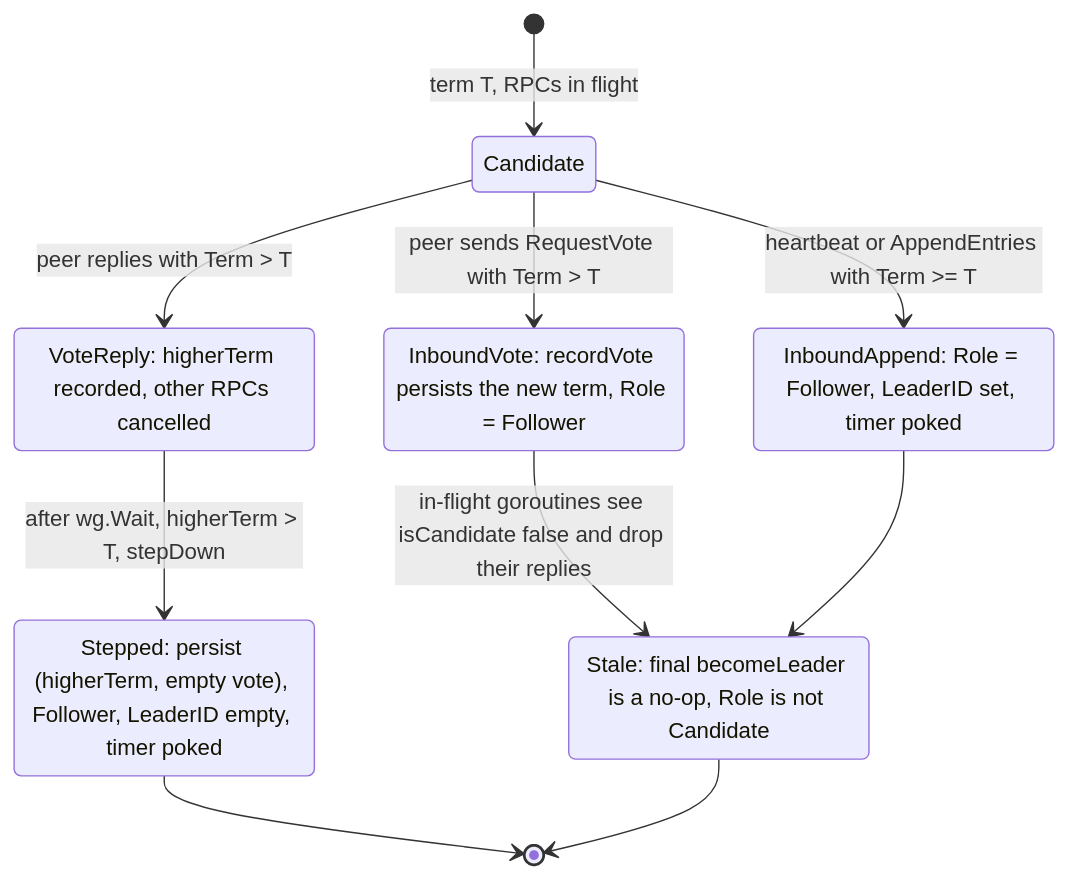
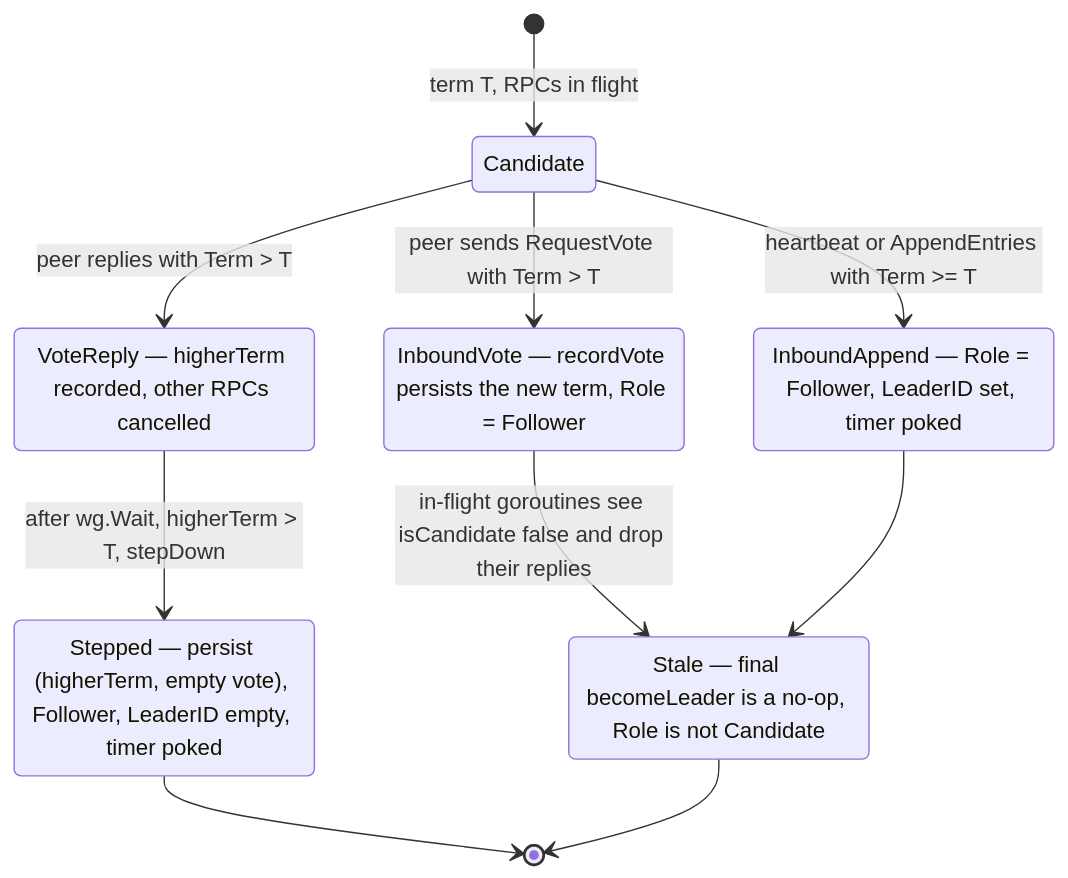
The seventh of 8 diagrams in flow/4. cluster-startup-cases.md (Tarun-Elango/hobbyDB), drawn with Mermaid before and after one commit. The commit also changed other lines of this file and 6 other files, not shown here.

Commit message:
use status, seperate function to update leader/role, use metamu when possible, and adding heardrecentlty to prevent spurious elections when a valid heartbeat or vote arrives right as the election timer fires or while startElection is blocked waiting on n.mu

````diff
--- a/flow/4. cluster-startup-cases.md
+++ b/flow/4. cluster-startup-cases.md
@@ -205,22 +205,22 @@
 ```mermaid
 stateDiagram-v2
     direction TB
     [*] --> Candidate: term T, RPCs in flight
 
     Candidate --> VoteReply: peer replies with Term > T
-    state "VoteReply: higherTerm recorded, other RPCs cancelled" as VoteReply
+    state "VoteReply — higherTerm recorded, other RPCs cancelled" as VoteReply
     VoteReply --> Stepped: after wg.Wait, higherTerm > T, stepDown
-    state "Stepped: persist (higherTerm, empty vote), Follower, LeaderID empty, timer poked" as Stepped
+    state "Stepped — persist (higherTerm, empty vote), Follower, LeaderID empty, timer poked" as Stepped
 
     Candidate --> InboundVote: peer sends RequestVote with Term > T
-    state "InboundVote: recordVote persists the new term, Role = Follower" as InboundVote
+    state "InboundVote — recordVote persists the new term, Role = Follower" as InboundVote
     InboundVote --> Stale: in-flight goroutines see isCandidate false and drop their replies
-    state "Stale: final becomeLeader is a no-op, Role is not Candidate" as Stale
+    state "Stale — final becomeLeader is a no-op, Role is not Candidate" as Stale
 
     Candidate --> InboundAppend: heartbeat or AppendEntries with Term >= T
-    state "InboundAppend: Role = Follower, LeaderID set, timer poked" as InboundAppend
+    state "InboundAppend — Role = Follower, LeaderID set, timer poked" as InboundAppend
     InboundAppend --> Stale
 
     Stepped --> [*]
     Stale --> [*]
 ```
````
